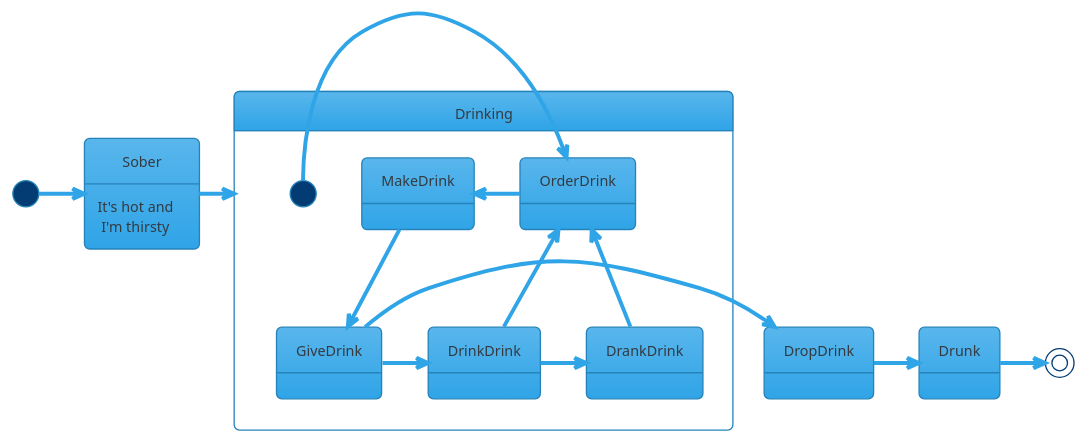
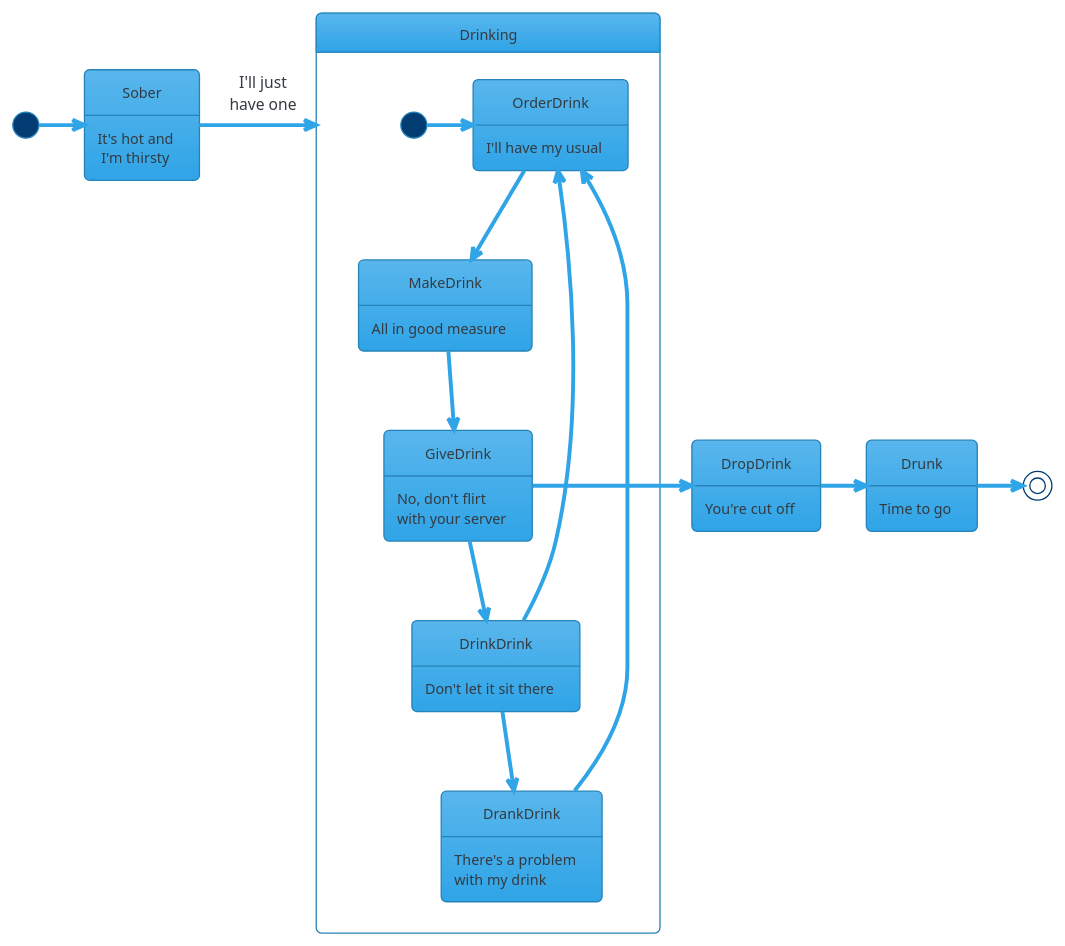
One commit to DavidPyke/HappyHour changed the diagram in input/images-source/statediagram.plantuml. Above: the diagram before and after it, drawn with PlantUML.

Commit message:
Improve State Diagram

```diff
--- a/input/images-source/statediagram.plantuml
+++ b/input/images-source/statediagram.plantuml
@@ -1,22 +1,27 @@
 @startuml
 
 !theme cerulean
 
-
-
 [*] -> Sober 
 Sober : It's hot and\n I'm thirsty
-Sober -> Drinking
+Sober -> Drinking : I'll just\nhave one
 state Drinking {
-[*] -right-> OrderDrink
-OrderDrink -right-> MakeDrink
-MakeDrink -down-> GiveDrink
-GiveDrink -> DrinkDrink
-DrinkDrink -> OrderDrink
-DrinkDrink -right-> DrankDrink
-DrankDrink -> OrderDrink
+[*] -> OrderDrink
+OrderDrink : I'll have my usual
+OrderDrink --> MakeDrink
+MakeDrink : All in good measure
+MakeDrink --> GiveDrink
+GiveDrink : No, don't flirt\nwith your server
+GiveDrink --> DrinkDrink
+DrinkDrink : Don't let it sit there
+DrinkDrink --> OrderDrink
+DrinkDrink --> DrankDrink
+DrankDrink : There's a problem\nwith my drink
+DrankDrink --> OrderDrink
 }
 GiveDrink -> DropDrink
+DropDrink : You're cut off
 DropDrink -> Drunk
+Drunk : Time to go
 Drunk -> [*]
 @enduml
```
